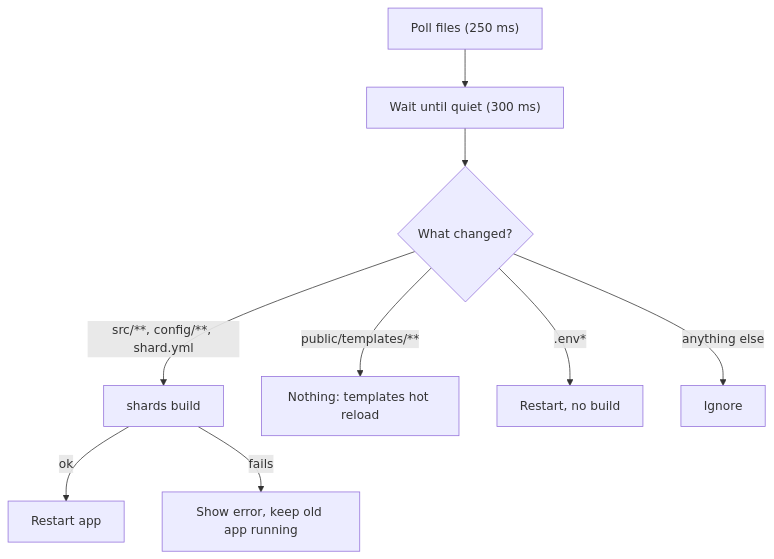
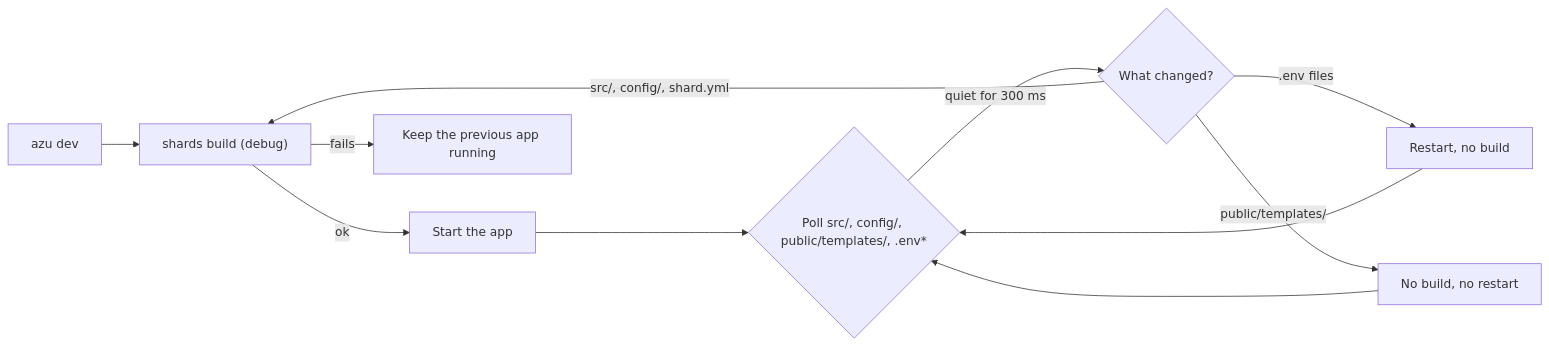
The diagram in docs/command-reference/azu-dev.md (azutoolkit/azu_cli), drawn with Mermaid before and after one commit. The commit also changed other lines of this file and 100 other files, not shown here.

````diff
--- a/docs/command-reference/azu-dev.md
+++ b/docs/command-reference/azu-dev.md
@@ -14,11 +13,13 @@
 ```mermaid
-flowchart TD
-  W["Poll files (250 ms)"] --> Q["Wait until quiet (300 ms)"]
-  Q --> C{"What changed?"}
-  C -->|"src/**, config/**, shard.yml"| B["shards build"]
-  B -->|ok| R["Restart app"]
-  B -->|fails| K["Show error, keep old app running"]
-  C -->|"public/templates/**"| H["Nothing: templates hot reload"]
-  C -->|".env*"| R2["Restart, no build"]
-  C -->|"anything else"| I["Ignore"]
+flowchart LR
+  A["azu dev"] --> B["shards build (debug)"]
+  B -->|ok| C["Start the app"]
+  B -->|fails| D["Keep the previous app running"]
+  C --> E{"Poll src/, config/, public/templates/, .env*"}
+  E -->|quiet for 300 ms| F{"What changed?"}
+  F -->|src/, config/, shard.yml| B
+  F -->|.env files| G["Restart, no build"]
+  G --> E
+  F -->|public/templates/| H["No build, no restart"]
+  H --> E
 ```
````
